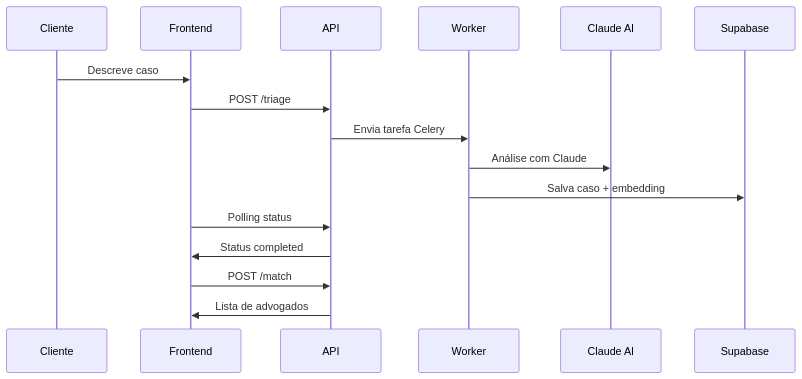
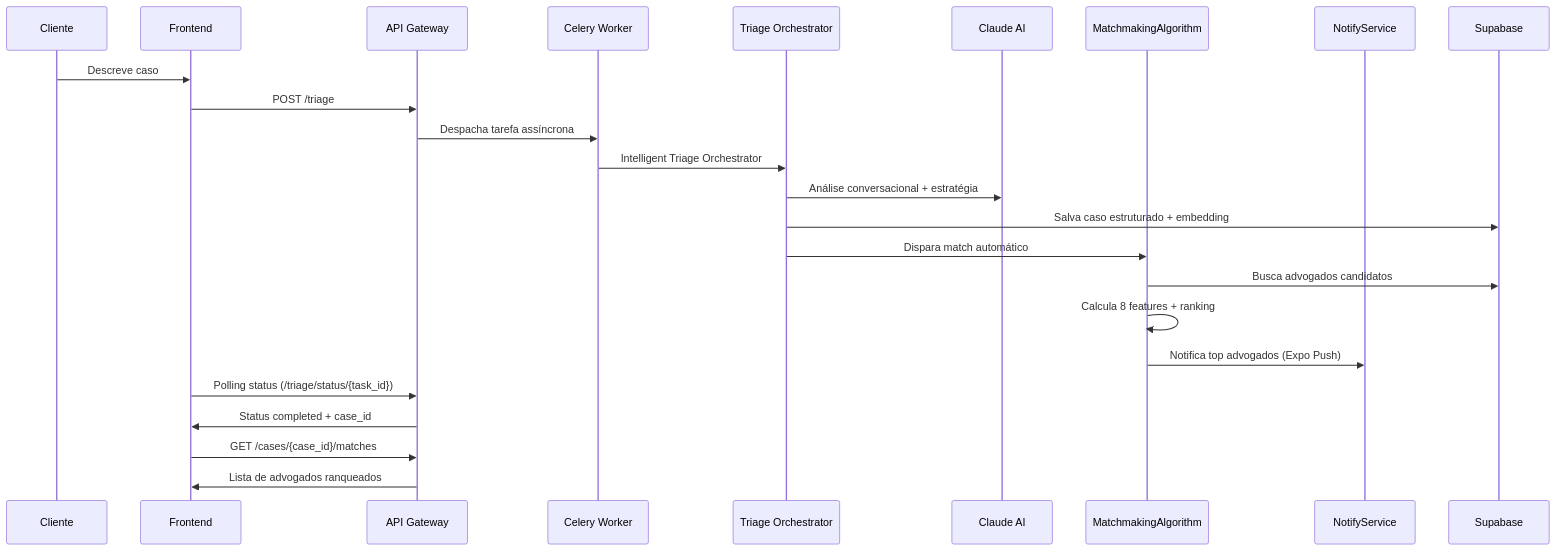
Before and after one commit to NicholasJacob1990/LITGO: the second of 3 diagrams in DOCUMENTACAO_COMPLETA.md, drawn with Mermaid. The commit also changed other lines of this file and 7 other files, not shown here.

````diff
--- a/DOCUMENTACAO_COMPLETA.md
+++ b/DOCUMENTACAO_COMPLETA.md
@@ -425,19 +961,27 @@
 ```mermaid
 sequenceDiagram
     participant C as Cliente
     participant F as Frontend
-    participant A as API
-    participant W as Worker
+    participant A as API Gateway
+    participant W as Celery Worker
+    participant O as Triage Orchestrator
     participant AI as Claude AI
+    participant M as MatchmakingAlgorithm
+    participant N as NotifyService
     participant DB as Supabase
 
     C->>F: Descreve caso
     F->>A: POST /triage
-    A->>W: Envia tarefa Celery
-    W->>AI: Análise com Claude
-    W->>DB: Salva caso + embedding
-    F->>A: Polling status
-    A->>F: Status completed
-    F->>A: POST /match
-    A->>F: Lista de advogados
+    A->>W: Despacha tarefa assíncrona
+    W->>O: Intelligent Triage Orchestrator
+    O->>AI: Análise conversacional + estratégia
+    O->>DB: Salva caso estruturado + embedding
+    O->>M: Dispara match automático
+    M->>DB: Busca advogados candidatos
+    M->>M: Calcula 8 features + ranking
+    M->>N: Notifica top advogados (Expo Push)
+    F->>A: Polling status (/triage/status/{task_id})
+    A->>F: Status completed + case_id
+    F->>A: GET /cases/{case_id}/matches
+    A->>F: Lista de advogados ranqueados
 ```
````
